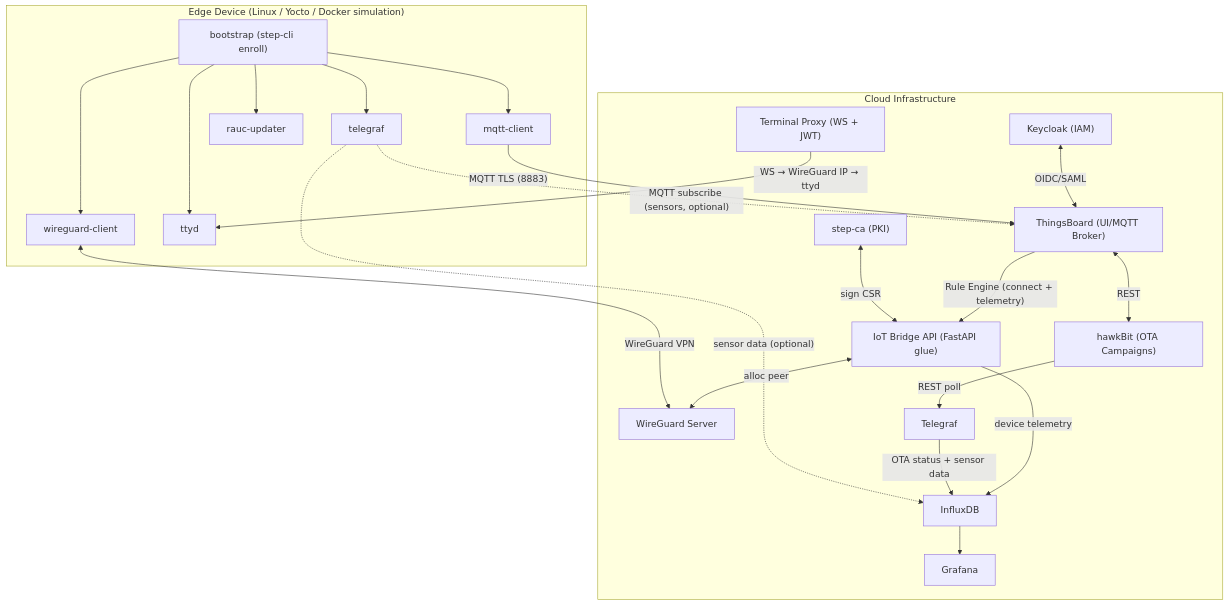
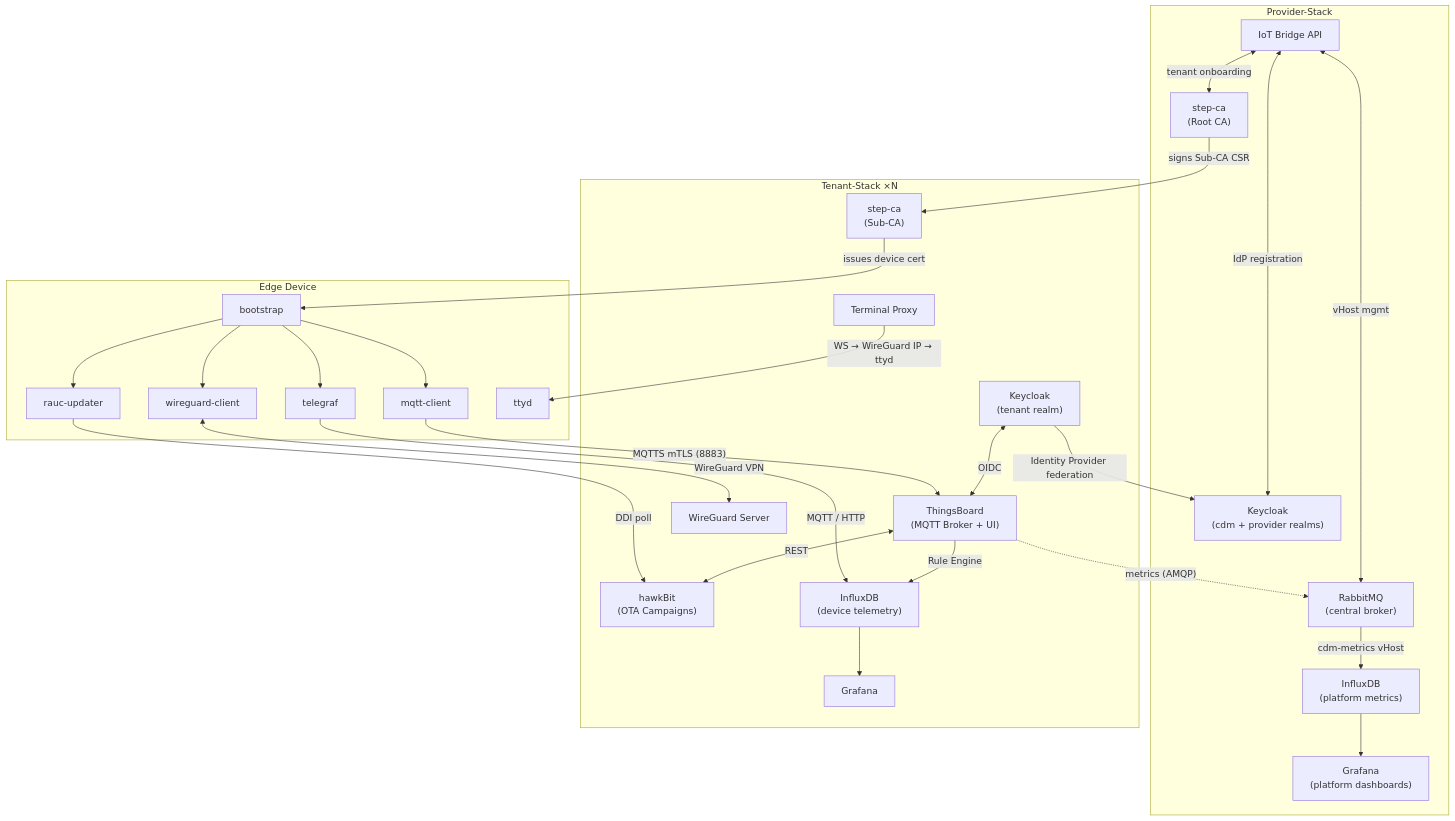
Before and after one commit to the78mole/complete-device-management: the first of 5 diagrams in docs/architecture/index.md, drawn with Mermaid. The commit also changed other lines of this file and 49 other files, not shown here.

Commit message:
Complete Architecture Redesign - Phase 1.5 Documentation and Phase 2

````diff
--- a/docs/architecture/index.md
+++ b/docs/architecture/index.md
@@ -15,46 +17,64 @@
 ```mermaid
 graph TB
-    subgraph cloud["Cloud Infrastructure"]
-        KC["Keycloak (IAM)"]
-        TB["ThingsBoard (UI/MQTT Broker)"]
-        HB["hawkBit (OTA Campaigns)"]
-        SCA["step-ca (PKI)"]
-        IBA["IoT Bridge API (FastAPI glue)"]
-        WGS["WireGuard Server"]
-        IDB[InfluxDB]
-        TEL[Telegraf]
-        GRF[Grafana]
-        TXP["Terminal Proxy (WS + JWT)"]
-
-        KC <-->|OIDC/SAML| TB
-        TB <-->|REST| HB
-        TB -->|"Rule Engine (connect + telemetry)"| IBA
-        SCA <-->|sign CSR| IBA
-        IBA <-->|alloc peer| WGS
-        IBA -->|"device telemetry"| IDB
-        HB -->|REST poll| TEL
-        TEL -->|"OTA status + sensor data"| IDB
-        IDB --> GRF
+    subgraph provider["Provider-Stack"]
+        KC_P["Keycloak\n(cdm + provider realms)"]
+        RMQ["RabbitMQ\n(central broker)"]
+        IDB_P["InfluxDB\n(platform metrics)"]
+        GRF_P["Grafana\n(platform dashboards)"]
+        SCA_P["step-ca\n(Root CA)"]
+        IBA["IoT Bridge API"]
     end
 
-    subgraph device["Edge Device (Linux / Yocto / Docker simulation)"]
-        BST["bootstrap (step-cli enroll)"]
-        WGC[wireguard-client]
-        MQC[mqtt-client]
-        TLG[telegraf]
-        RAU[rauc-updater]
-        TTD[ttyd]
+    subgraph tenant["Tenant-Stack  ×N"]
+        KC_T["Keycloak\n(tenant realm)"]
+        TB["ThingsBoard\n(MQTT Broker + UI)"]
+        HB["hawkBit\n(OTA Campaigns)"]
+        SCA_T["step-ca\n(Sub-CA)"]
+        WGS["WireGuard Server"]
+        IDB_T["InfluxDB\n(device telemetry)"]
+        GRF_T["Grafana"]
+        TXP["Terminal Proxy"]
 
+        KC_T <-->|OIDC| TB
+        TB <-->|REST| HB
+        TB -->|Rule Engine| IDB_T
+        IDB_T --> GRF_T
+    end
+
+    subgraph device["Edge Device"]
+        BST["bootstrap"]
+        WGC["wireguard-client"]
+        MQC["mqtt-client"]
+        TLG["telegraf"]
+        RAU["rauc-updater"]
+        TTD["ttyd"]
         BST --> WGC
         BST --> MQC
         BST --> TLG
         BST --> RAU
-        BST --> TTD
     end
 
-    MQC -->|"MQTT TLS (8883)"| TB
-    WGC <-->|WireGuard VPN| WGS
-    TLG -.->|"MQTT subscribe (sensors, optional)"| TB
-    TLG -.->|"sensor data (optional)"| IDB
+    %% PKI chain
+    SCA_P -->|"signs Sub-CA CSR"| SCA_T
+    SCA_T -->|"issues device cert"| BST
+
+    %% Keycloak federation
+    KC_T -->|"Identity Provider federation"| KC_P
+
+    %% Device connections
+    MQC -->|"MQTTS mTLS (8883)"| TB
+    WGC <-->|"WireGuard VPN"| WGS
+    TLG -->|"MQTT / HTTP"| IDB_T
+    RAU -->|"DDI poll"| HB
     TXP -->|"WS → WireGuard IP → ttyd"| TTD
+
+    %% Tenant → Provider
+    TB -.->|"metrics (AMQP)"| RMQ
+    RMQ -->|"cdm-metrics vHost"| IDB_P
+    IDB_P --> GRF_P
+
+    %% Management
+    IBA <-->|"tenant onboarding"| SCA_P
+    IBA <-->|"vHost mgmt"| RMQ
+    IBA <-->|"IdP registration"| KC_P
 ```
````
